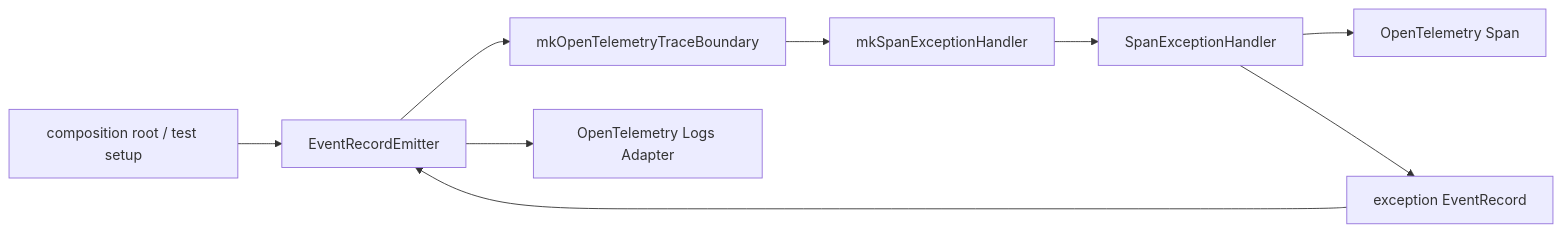
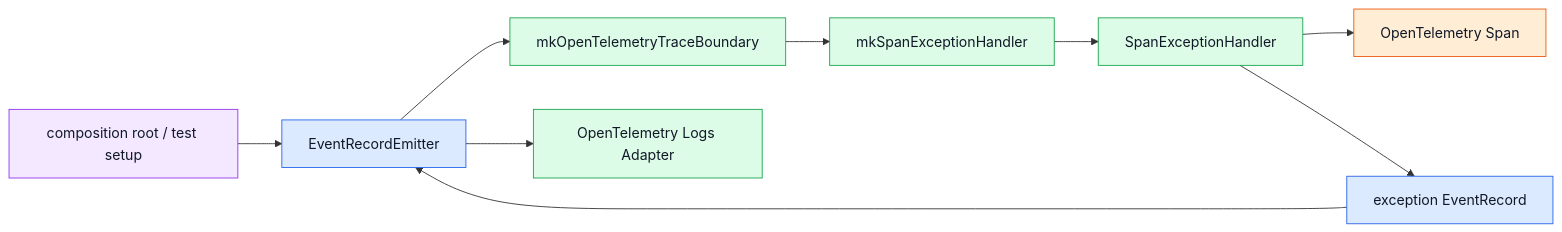
Before and after one commit to takashit16833/Workbench: the third of 4 diagrams in Notes/RAGScope/RAGScopeアプリケーション/RAGScopeアプリケーション Haskellライブラリ・モジュールマップ.md, drawn with Mermaid. The commit also changed other lines of this file, not shown here.

Commit message:
Mermaid図に色分けを適用

````diff
--- a/Notes/RAGScope/RAGScopeアプリケーション/RAGScopeアプリケーション Haskellライブラリ・モジュールマップ.md
+++ b/Notes/RAGScope/RAGScopeアプリケーション/RAGScopeアプリケーション Haskellライブラリ・モジュールマップ.md
@@ -67,20 +87,30 @@
 ```mermaid
 flowchart LR
   caller["composition root / test setup"]
   emitter["EventRecordEmitter"]
   mkTrace["mkOpenTelemetryTraceBoundary"]
   mkHandler["mkSpanExceptionHandler"]
   handler["SpanExceptionHandler"]
   span["OpenTelemetry Span"]
   event["exception EventRecord"]
   logs["OpenTelemetry Logs Adapter"]
 
   caller --> emitter
   emitter --> mkTrace
   mkTrace --> mkHandler
   mkHandler --> handler
   handler --> span
   handler --> event
   event --> emitter
   emitter --> logs
+
+  classDef boundaryStyle fill:#dbeafe,stroke:#2563eb,color:#111827
+  classDef adapterStyle fill:#dcfce7,stroke:#16a34a,color:#111827
+  classDef applicationStyle fill:#f3e8ff,stroke:#9333ea,color:#111827
+  classDef externalStyle fill:#ffedd5,stroke:#ea580c,color:#111827
+
+  class emitter,event boundaryStyle
+  class mkTrace,mkHandler,handler,logs adapterStyle
+  class caller applicationStyle
+  class span externalStyle
 ```
````
